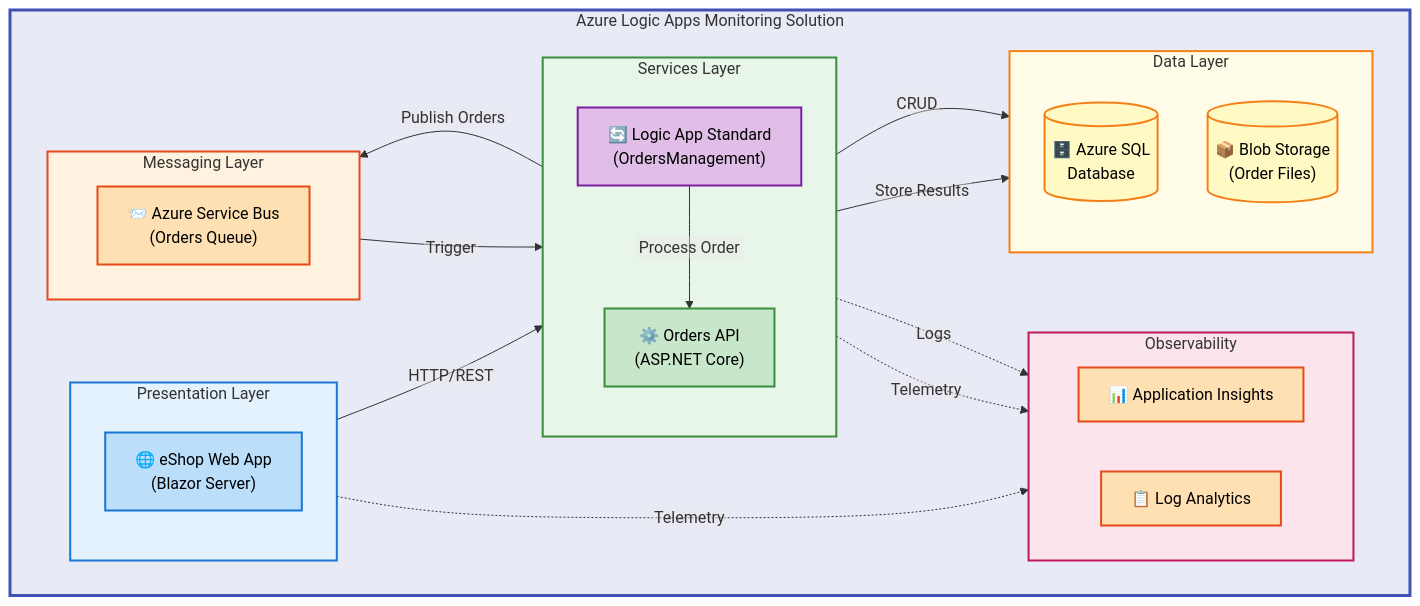
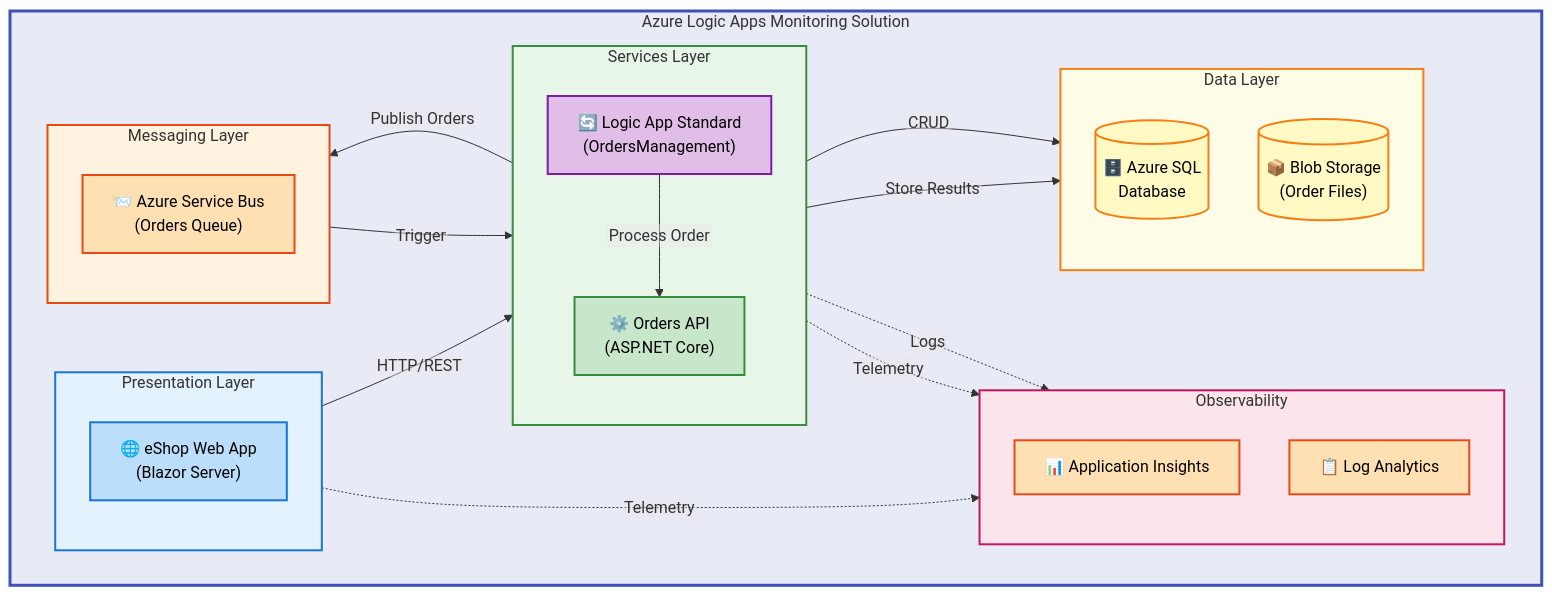
One commit to Evilazaro/Azure-LogicApps-Monitoring changed the diagram in README.md. Above: the diagram before and after it, drawn with Mermaid.

Commit message:
Refactor README.md: change flowchart direction from left-right to bottom-top for consistency

````diff
--- a/README.md
+++ b/README.md
@@ -38,58 +38,58 @@
 ```mermaid
 %%{init: {"flowchart": {"htmlLabels": false}} }%%
 flowchart TD
     classDef mdBlue fill:#BBDEFB,stroke:#1976D2,stroke-width:2px,color:#000
     classDef mdGreen fill:#C8E6C9,stroke:#388E3C,stroke-width:2px,color:#000
     classDef mdOrange fill:#FFE0B2,stroke:#E64A19,stroke-width:2px,color:#000
     classDef mdPurple fill:#E1BEE7,stroke:#7B1FA2,stroke-width:2px,color:#000
     classDef mdYellow fill:#FFF9C4,stroke:#F57F17,stroke-width:2px,color:#000
 
     subgraph system["Azure Logic Apps Monitoring Solution"]
 
         subgraph presentation["Presentation Layer"]
             direction TB
             webApp["🌐 eShop Web App<br/>(Blazor Server)"]:::mdBlue
         end
 
         subgraph services["Services Layer"]
             direction TB
             ordersApi["⚙️ Orders API<br/>(ASP.NET Core)"]:::mdGreen
             logicApp["🔄 Logic App Standard<br/>(OrdersManagement)"]:::mdPurple
         end
 
         subgraph messaging["Messaging Layer"]
-            direction LR
+            direction BT
             serviceBus["📨 Azure Service Bus<br/>(Orders Queue)"]:::mdOrange
         end
 
         subgraph data["Data Layer"]
             direction BT
             sqlDb[("🗄️ Azure SQL<br/>Database")]:::mdYellow
             blobStorage[("📦 Blob Storage<br/>(Order Files)")]:::mdYellow
         end
 
         subgraph observability["Observability"]
-            direction LR
+            direction BT
             appInsights["📊 Application Insights"]:::mdOrange
             logAnalytics["📋 Log Analytics"]:::mdOrange
         end
 
         webApp -->|"HTTP/REST"| ordersApi
         ordersApi -->|"Publish Orders"| serviceBus
         serviceBus -->|"Trigger"| logicApp
         logicApp -->|"Process Order"| ordersApi
         logicApp -->|"Store Results"| blobStorage
         ordersApi -->|"CRUD"| sqlDb
 
         webApp -.->|"Telemetry"| appInsights
         ordersApi -.->|"Telemetry"| appInsights
         logicApp -.->|"Logs"| logAnalytics
     end
 
     style system fill:#E8EAF6,stroke:#3F51B5,stroke-width:3px
     style presentation fill:#E3F2FD,stroke:#1976D2,stroke-width:2px
     style services fill:#E8F5E9,stroke:#388E3C,stroke-width:2px
     style messaging fill:#FFF3E0,stroke:#E64A19,stroke-width:2px
     style data fill:#FFFDE7,stroke:#F57F17,stroke-width:2px
     style observability fill:#FCE4EC,stroke:#C2185B,stroke-width:2px
 ```
````
